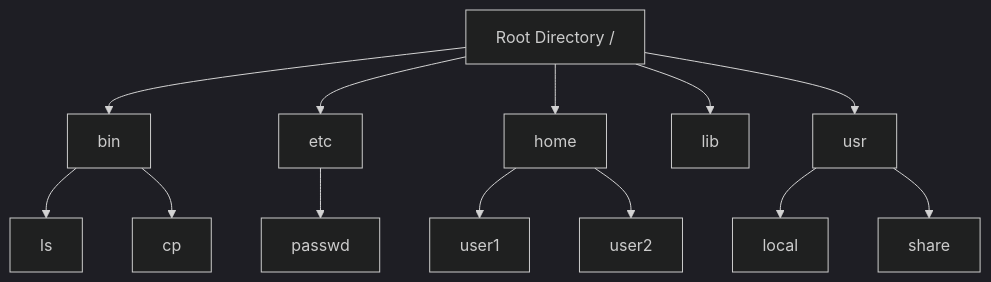
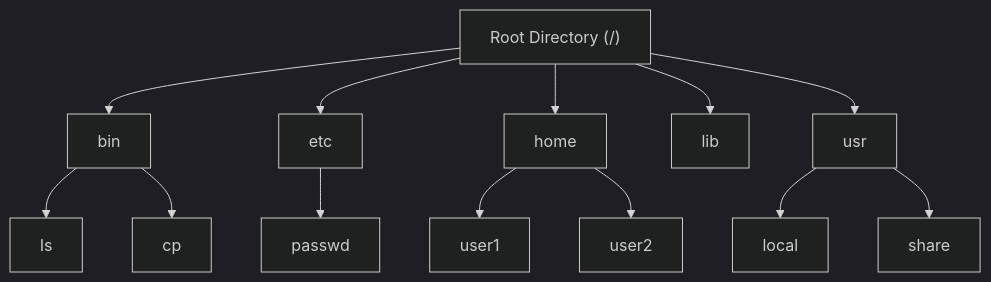
Diagram 13 of 13 in content/post/2024/2024-09-09-file-system/index.md (42jerrykim/42jerrykim.github.io), drawn with Mermaid (dark theme) before and after one commit. The commit also changed other lines of this file and 239 other files, not shown here.

````diff
--- a/content/post/2024/2024-09-09-file-system/index.md
+++ b/content/post/2024/2024-09-09-file-system/index.md
@@ -843,15 +940,16 @@
 ```mermaid
-graph TD;
-    A[Root Directory /] --> B[bin]
-    A --> C[etc]
-    A --> D[home]
-    A --> E[lib]
-    A --> F[usr]
-    B --> G[ls]
-    B --> H[cp]
-    C --> I[passwd]
-    D --> J[user1]
-    D --> K[user2]
-    F --> L[local]
-    F --> M[share]
+graph TD
+    rootDirRef["Root Directory (/)"]
+    rootDirRef --> binRef[bin]
+    rootDirRef --> etcRef[etc]
+    rootDirRef --> homeRef[home]
+    rootDirRef --> libRef[lib]
+    rootDirRef --> usrRef[usr]
+    binRef --> lsCmd[ls]
+    binRef --> cpCmd[cp]
+    etcRef --> passwdFile[passwd]
+    homeRef --> user1[user1]
+    homeRef --> user2[user2]
+    usrRef --> localDir[local]
+    usrRef --> shareDir[share]
 ```
````
